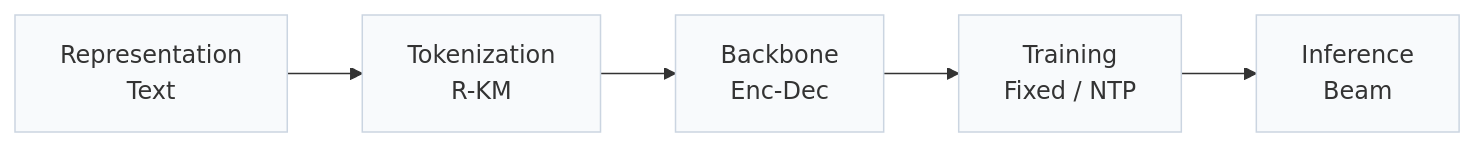
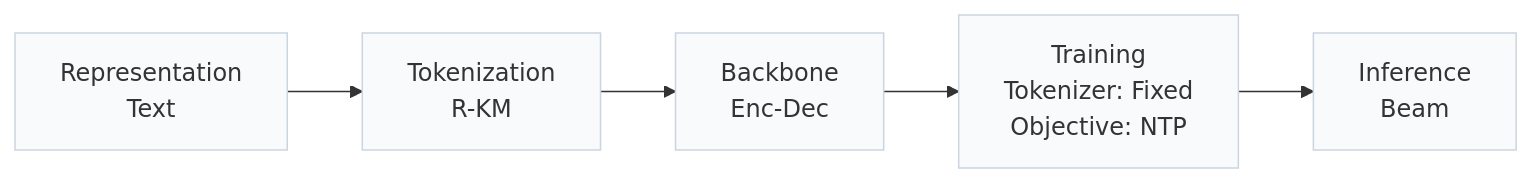
The first of 3 diagrams in pages/papers/grid.md (Galaxy-ghost/Awesome-SID-Generative-Rec), drawn with Mermaid before and after one commit. The commit also changed other lines of this file and 558 other files, not shown here.

````diff
--- a/pages/papers/grid.md
+++ b/pages/papers/grid.md
@@ -15,6 +18,6 @@
 ```mermaid
 flowchart LR
-    R["Representation<br/>Text"] --> T["Tokenization<br/>R-KM"] --> B["Backbone<br/>Enc-Dec"] --> TR["Training<br/>Fixed / NTP"] --> I["Inference<br/>Beam"]
+    R["Representation<br/>Text"] --> T["Tokenization<br/>R-KM"] --> B["Backbone<br/>Enc-Dec"] --> TR["Training<br/>Tokenizer: Fixed<br/>Objective: NTP"] --> I["Inference<br/>Beam"]
     classDef base fill:#f8fafc,stroke:#cbd5e1
     class R,T,B,TR,I base
 ```
````
